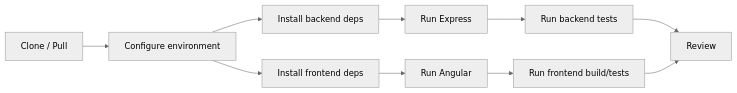
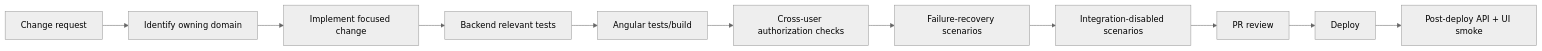
One commit to HidayahMF/PadelLifeHub changed the fifth of 7 diagrams in docs/development-pipeline.md. Above: the diagram before and after it, drawn with Mermaid (neutral theme). The commit also changed other lines of this file, not shown here.

````diff
--- a/docs/development-pipeline.md
+++ b/docs/development-pipeline.md
@@ -80,12 +103,13 @@
 ```mermaid
 flowchart LR
-    C[Clone / Pull] --> E[Configure environment]
-    E --> BI[Install backend deps]
-    E --> FI[Install frontend deps]
-    BI --> B[Run Express]
-    FI --> F[Run Angular]
-    B --> T[Run backend tests]
-    F --> BT[Run frontend build/tests]
-    T --> R[Review]
-    BT --> R
+    A[Change request] --> B[Identify owning domain]
+    B --> C[Implement focused change]
+    C --> D[Backend relevant tests]
+    D --> E[Angular tests/build]
+    E --> F[Cross-user authorization checks]
+    F --> G[Failure-recovery scenarios]
+    G --> H[Integration-disabled scenarios]
+    H --> I[PR review]
+    I --> J[Deploy]
+    J --> K[Post-deploy API + UI smoke]
 ```
````
